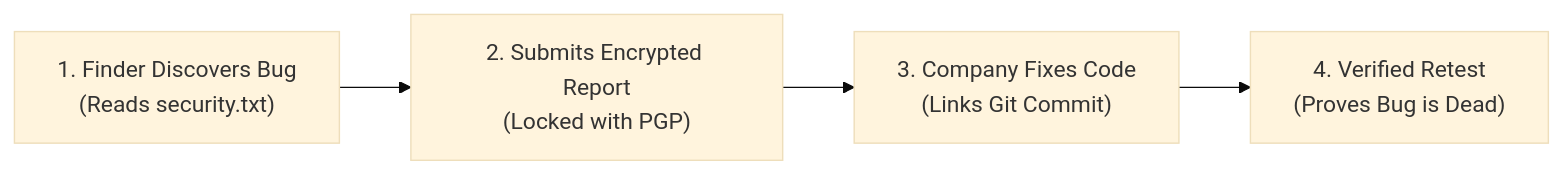
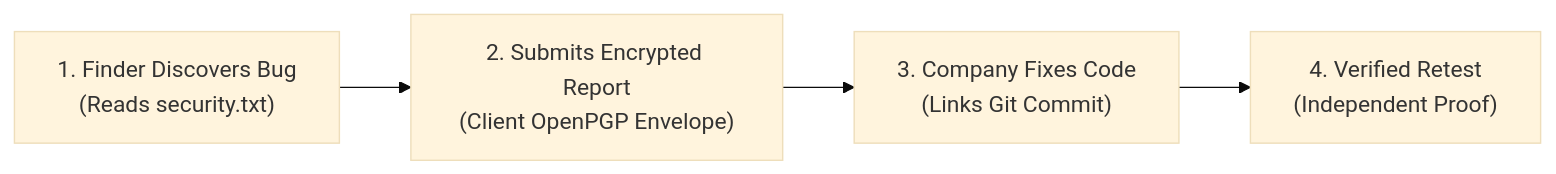
The diagram in PROJECT_SUMMARY.md (Taha-Asad/BugBountyTracker), drawn with Mermaid (base theme) before and after one commit. The commit also changed other lines of this file and 18 other files, not shown here.

````diff
--- a/PROJECT_SUMMARY.md
+++ b/PROJECT_SUMMARY.md
@@ -13,6 +14,6 @@
 ```mermaid
 flowchart LR
-    A["1. Finder Discovers Bug<br/>(Reads security.txt)"] --> B["2. Submits Encrypted Report<br/>(Locked with PGP)"]
+    A["1. Finder Discovers Bug<br/>(Reads security.txt)"] --> B["2. Submits Encrypted Report<br/>(Client OpenPGP Envelope)"]
     B --> C["3. Company Fixes Code<br/>(Links Git Commit)"]
-    C --> D["4. Verified Retest<br/>(Proves Bug is Dead)"]
+    C --> D["4. Verified Retest<br/>(Independent Proof)"]
 ```
````
